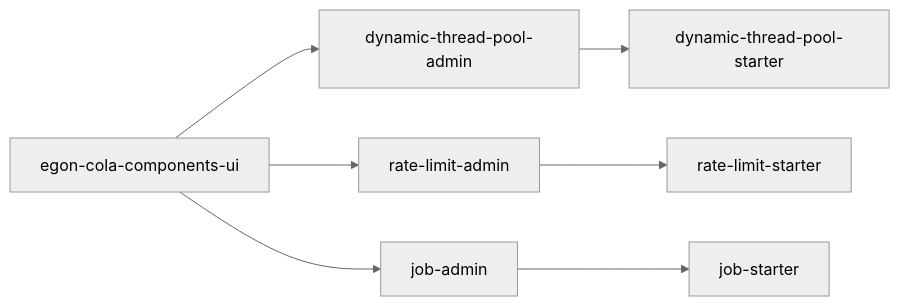
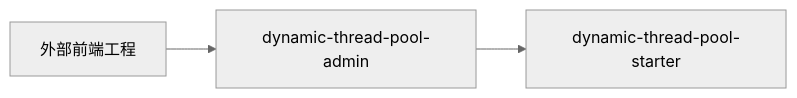
The second of 3 diagrams in egon-cola-components/egon-cola-components-architecture.md (AllenDEricDAlexander/Egon-COLA), drawn with Mermaid (neutral theme) before and after one commit. The commit also changed other lines of this file and 11 other files, not shown here.

````diff
--- a/egon-cola-components/egon-cola-components-architecture.md
+++ b/egon-cola-components/egon-cola-components-architecture.md
@@ -899,9 +759,5 @@
 ```mermaid
 graph LR
-    UI[egon-cola-components-ui] --> TP[dynamic-thread-pool-admin]
-    UI --> RL[rate-limit-admin]
-    UI --> JOB[job-admin]
+    UI[外部前端工程] --> TP[dynamic-thread-pool-admin]
     TP --> TPs[dynamic-thread-pool-starter]
-    RL --> RLs[rate-limit-starter]
-    JOB --> JOBs[job-starter]
 ```
````
